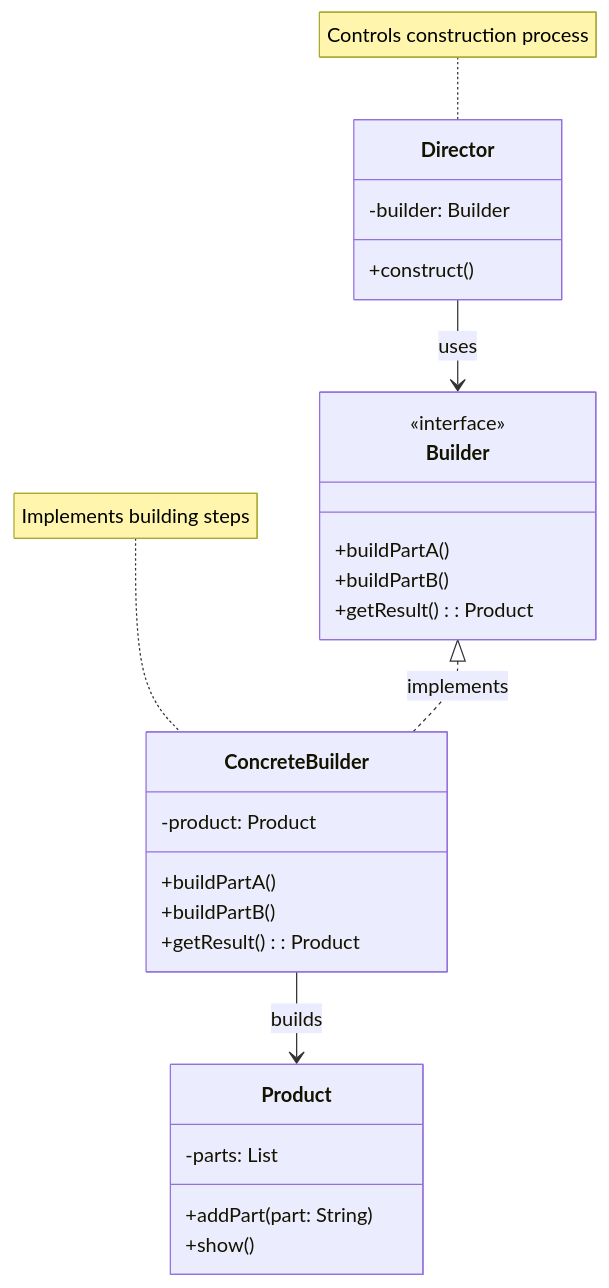
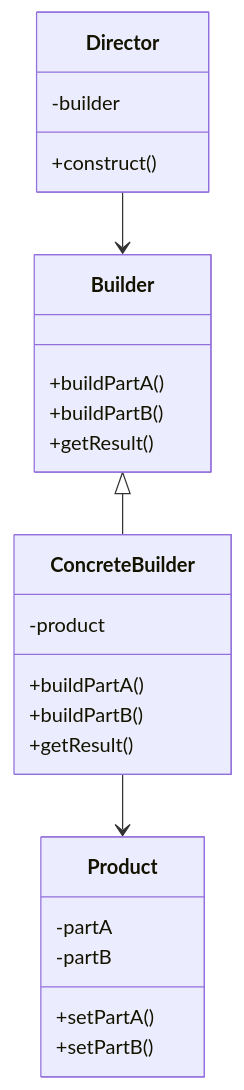
One commit to fanly/DesignPattern changed the first of 4 diagrams in resources/design-patterns/laravel/creational/builder_en.md. Above: the diagram before and after it, drawn with Mermaid. The commit also changed other lines of this file and 22 other files, not shown here.

````diff
--- a/resources/design-patterns/laravel/creational/builder_en.md
+++ b/resources/design-patterns/laravel/creational/builder_en.md
@@ -11,34 +24,31 @@
 ```mermaid
 classDiagram
     class Director {
-        -builder: Builder
+        -builder
         +construct()
     }
     
     class Builder {
-        <<interface>>
         +buildPartA()
         +buildPartB()
-        +getResult(): Product
+        +getResult()
     }
     
     class ConcreteBuilder {
-        -product: Product
+        -product
         +buildPartA()
         +buildPartB()
-        +getResult(): Product
+        +getResult()
     }
     
     class Product {
-        -parts: List
-        +addPart(part: String)
-        +show()
+        -partA
+        -partB
+        +setPartA()
+        +setPartB()
     }
     
-    Director --> Builder : uses
-    Builder <|.. ConcreteBuilder : implements
-    ConcreteBuilder --> Product : builds
-    
-    note for Director "Controls construction process"
-    note for ConcreteBuilder "Implements building steps"
+    Director --> Builder
+    Builder <|-- ConcreteBuilder
+    ConcreteBuilder --> Product
 ```
````
